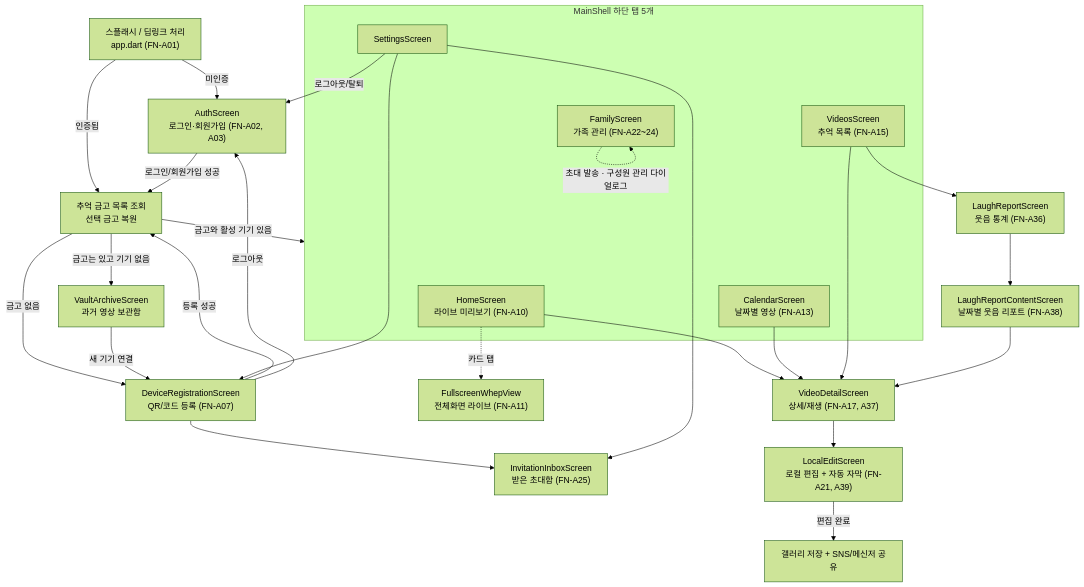
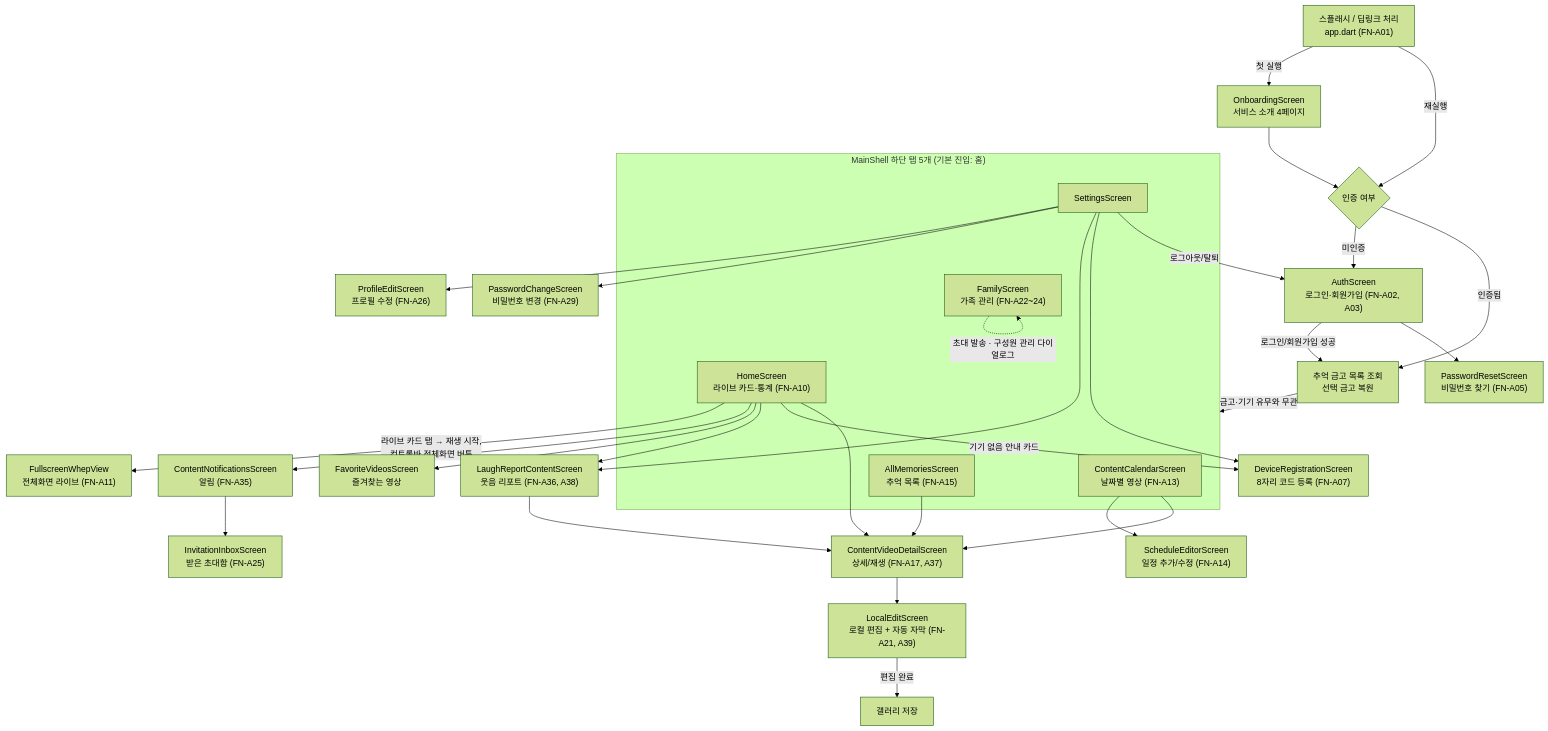
Before and after one commit to limbs-han/Bbanggeut: the diagram in 자료/docs/사람이 읽을 문서/03-기능명세서.md, drawn with Mermaid (forest theme). The commit also changed other lines of this file and 572 other files, not shown here.

````diff
--- a/자료/docs/사람이 읽을 문서/03-기능명세서.md
+++ b/자료/docs/사람이 읽을 문서/03-기능명세서.md
@@ -17,39 +17,42 @@
 ```mermaid
 flowchart TD
-    Splash["스플래시 / 딥링크 처리\napp.dart (FN-A01)"] -->|미인증| Auth["AuthScreen\n로그인·회원가입 (FN-A02, A03)"]
-    Splash -->|인증됨| VaultLoad["추억 금고 목록 조회\n선택 금고 복원"]
+    Splash["스플래시 / 딥링크 처리\napp.dart (FN-A01)"] -->|첫 실행| Onboarding["OnboardingScreen\n서비스 소개 4페이지"]
+    Onboarding --> AuthCheck{"인증 여부"}
+    Splash -->|재실행| AuthCheck
+    AuthCheck -->|미인증| Auth["AuthScreen\n로그인·회원가입 (FN-A02, A03)"]
+    AuthCheck -->|인증됨| VaultLoad["추억 금고 목록 조회\n선택 금고 복원"]
+    Auth -->|로그인/회원가입 성공| VaultLoad
+    Auth --> PwReset["PasswordResetScreen\n비밀번호 찾기 (FN-A05)"]
+    VaultLoad -->|금고·기기 유무와 무관| Shell["MainShell (FN-A06)"]
 
-    Auth -->|로그인/회원가입 성공| VaultLoad
-    VaultLoad -->|금고 없음| DeviceReg["DeviceRegistrationScreen\nQR/코드 등록 (FN-A07)"]
-    VaultLoad -->|금고와 활성 기기 있음| Shell["MainShell (FN-A06)"]
-    VaultLoad -->|금고는 있고 기기 없음| VaultArchive["VaultArchiveScreen\n과거 영상 보관함"]
-    VaultArchive -->|새 기기 연결| DeviceReg
-    DeviceReg -->|등록 성공| VaultLoad
-    DeviceReg --> InvInbox["InvitationInboxScreen\n받은 초대함 (FN-A25)"]
-    DeviceReg -->|로그아웃| Auth
-
-    subgraph Shell["MainShell 하단 탭 5개"]
-        Home["HomeScreen\n라이브 미리보기 (FN-A10)"]
-        Calendar["CalendarScreen\n날짜별 영상 (FN-A13)"]
-        Videos["VideosScreen\n추억 목록 (FN-A15)"]
+    subgraph Shell["MainShell 하단 탭 5개 (기본 진입: 홈)"]
+        Calendar["ContentCalendarScreen\n날짜별 영상 (FN-A13)"]
+        Videos["AllMemoriesScreen\n추억 목록 (FN-A15)"]
+        Home["HomeScreen\n라이브 카드·통계 (FN-A10)"]
         Family["FamilyScreen\n가족 관리 (FN-A22~24)"]
         Settings["SettingsScreen"]
     end
 
-    Home -. 카드 탭 .-> FullscreenLive["FullscreenWhepView\n전체화면 라이브 (FN-A11)"]
-    Home --> VideoDetail["VideoDetailScreen\n상세/재생 (FN-A17, A37)"]
+    Home -->|라이브 카드 탭 → 재생 시작,\n컨트롤바 전체화면 버튼| FullscreenLive["FullscreenWhepView\n전체화면 라이브 (FN-A11)"]
+    Home --> Notif["ContentNotificationsScreen\n알림 (FN-A35)"]
+    Home --> Favorites["FavoriteVideosScreen\n즐겨찾는 영상"]
+    Home --> LaughReport["LaughReportContentScreen\n웃음 리포트 (FN-A36, A38)"]
+    Home -->|기기 없음 안내 카드| DeviceReg["DeviceRegistrationScreen\n8자리 코드 등록 (FN-A07)"]
+    Notif --> InvInbox["InvitationInboxScreen\n받은 초대함 (FN-A25)"]
+    Calendar --> ScheduleEditor["ScheduleEditorScreen\n일정 추가/수정 (FN-A14)"]
+
+    Home --> VideoDetail["ContentVideoDetailScreen\n상세/재생 (FN-A17, A37)"]
     Calendar --> VideoDetail
     Videos --> VideoDetail
-    Videos --> LaughReport["LaughReportScreen\n웃음 통계 (FN-A36)"]
-    LaughReport --> ReportScreen["LaughReportContentScreen\n날짜별 웃음 리포트 (FN-A38)"]
-    ReportScreen --> VideoDetail
+    LaughReport --> VideoDetail
+    VideoDetail --> LocalEdit["LocalEditScreen\n로컬 편집 + 자동 자막 (FN-A21, A39)"]
+    LocalEdit -->|편집 완료| Gallery["갤러리 저장"]
 
-    VideoDetail --> LocalEdit["LocalEditScreen\n로컬 편집 + 자동 자막 (FN-A21, A39)"]
-    LocalEdit -->|편집 완료| Gallery["갤러리 저장 + SNS/메신저 공유"]
-
-    Settings --> InvInbox
+    Settings --> ProfileEdit["ProfileEditScreen\n프로필 수정 (FN-A26)"]
+    Settings --> PwChange["PasswordChangeScreen\n비밀번호 변경 (FN-A29)"]
+    Settings --> LaughReport
     Settings --> DeviceReg
     Settings -->|로그아웃/탈퇴| Auth
 
     Family -.->|초대 발송 · 구성원 관리 다이얼로그| Family
 ```
````
